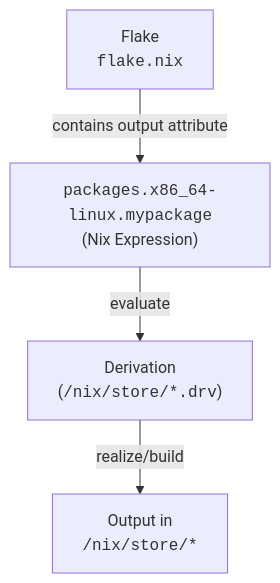
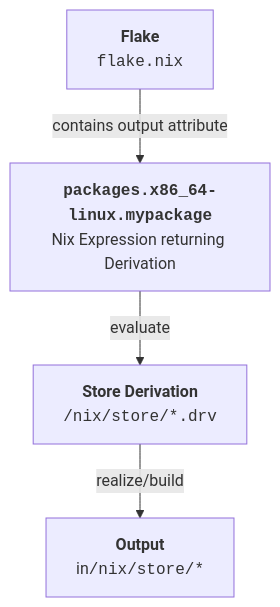
The diagram in README.md (sdsc-ordes/nix-workshop), drawn with Mermaid before and after one commit. The commit also changed other lines of this file and 4 other files, not shown here.

````diff
--- a/README.md
+++ b/README.md
@@ -308,6 +308,6 @@
 ```mermaid
 flowchart TB
-    A["Flake<br><code>flake.nix</code>"] -->|"contains output attribute"| B["<code>packages.x86_64-linux.mypackage</code><br>(Nix Expression)"]
-    B -->|"evaluate"| C["Derivation<br>(<code>/nix/store/*.drv</code>)"]
-    C -->|"realize/build"| D["Output in<br><code>/nix/store/*</code>"]
+    A["<strong>Flake</strong><br><code>flake.nix</code>"] -->|"contains output attribute"| B["<strong><code>packages.x86_64-linux.mypackage</code></strong><br>Nix Expression returning Derivation"]
+    B -->|"evaluate"| C["<strong>Store Derivation</strong><br><code>/nix/store/*.drv</code>"]
+    C -->|"realize/build"| D["<strong>Output</strong><br>in<code>/nix/store/*</code>"]
 ```
````
